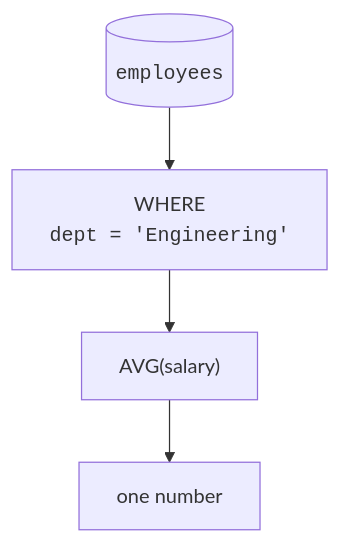
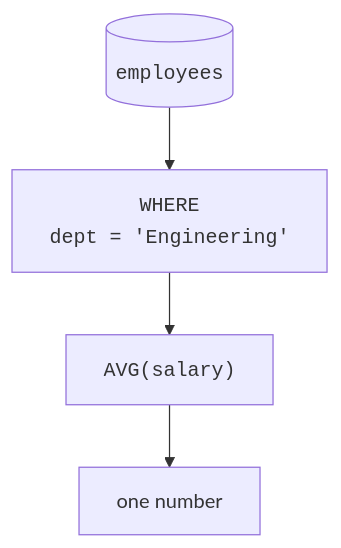
Before and after one commit to dataslope/dataslope: the second of 2 diagrams in content/courses/intro-sql-postgres/aggregate-functions.mdx, drawn with Mermaid. The commit also changed other lines of this file and 283 other files, not shown here.

First line of the commit message:
Diagrams as elements, not characters: fix the box model, sweep the corpus, and make syntax breakdowns a convention (#652)

````diff
--- a/content/courses/intro-sql-postgres/aggregate-functions.mdx
+++ b/content/courses/intro-sql-postgres/aggregate-functions.mdx
@@ -173,6 +183,6 @@
 ```mermaid
 flowchart TD
-    T[("<code>employees</code>")] --> W["WHERE<br/><code>dept = 'Engineering'</code>"]
-    W --> A["AVG(salary)"]
+    T[("<code>employees</code>")] --> W["<code>WHERE</code><br/><code>dept = 'Engineering'</code>"]
+    W --> A["<code>AVG(salary)</code>"]
     A --> R["one number"]
 ```
````
